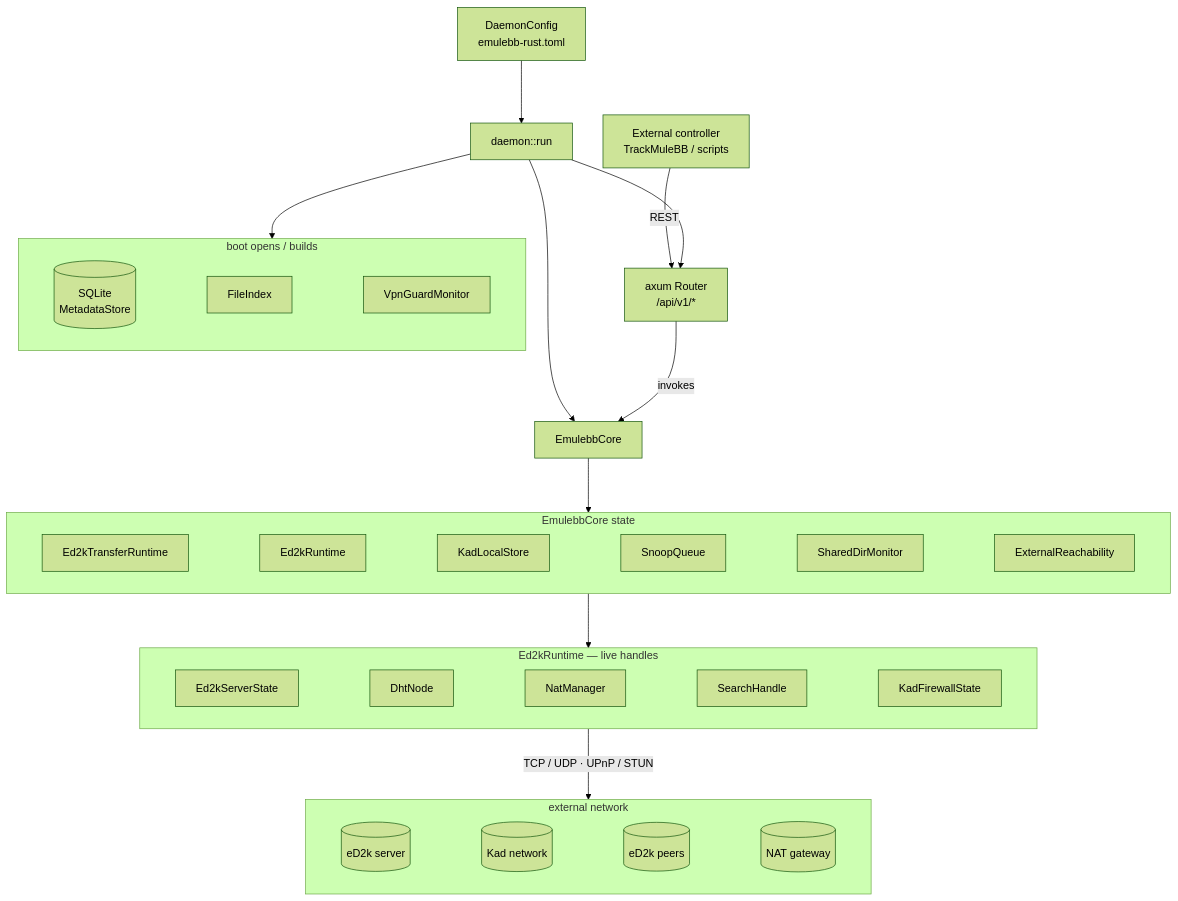
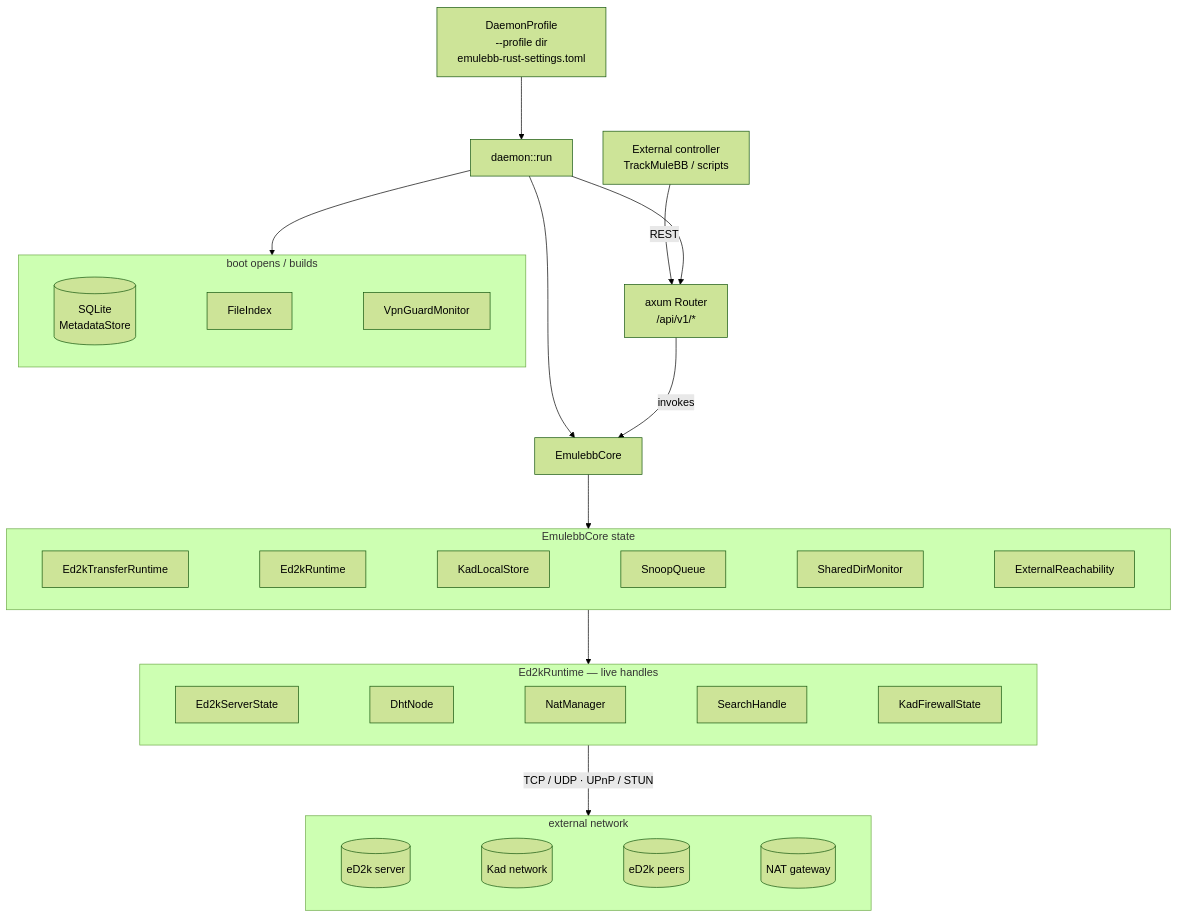
One commit to emulebb/emulebb-tooling changed the second of 5 diagrams in docs/products/emulebb-rust/design/architecture.md. Above: the diagram before and after it, drawn with Mermaid (forest theme). The commit also changed other lines of this file and 4 other files, not shown here.

Commit message:
RUST-FEAT-036 clarify settings docs

````diff
--- a/docs/products/emulebb-rust/design/architecture.md
+++ b/docs/products/emulebb-rust/design/architecture.md
@@ -86,34 +86,34 @@
 ```mermaid
 %%{init: {'flowchart': {'nodeSpacing': 45, 'rankSpacing': 80}}}%%
 graph TB
-    cfg[DaemonConfig<br/>emulebb-rust.toml] --> boot[daemon::run]
+    cfg[DaemonProfile<br/>--profile dir<br/>emulebb-rust-settings.toml] --> boot[daemon::run]
     ctrl[External controller<br/>TrackMuleBB / scripts] -->|REST| router
 
     boot --> coreobj[EmulebbCore]
     boot --> router[axum Router<br/>/api/v1/*]
     router -->|invokes| coreobj
 
     subgraph stores[boot opens / builds]
         direction LR
         sqlite[(SQLite<br/>MetadataStore)] ~~~ idx[FileIndex] ~~~ vpn[VpnGuardMonitor]
     end
     boot --> stores
 
     subgraph state[EmulebbCore state]
         direction LR
         tr[Ed2kTransferRuntime] ~~~ rt[Ed2kRuntime] ~~~ kls[KadLocalStore] ~~~ snoop[SnoopQueue] ~~~ sdm[SharedDirMonitor] ~~~ reach[ExternalReachability]
     end
     coreobj --> state
 
     subgraph live[Ed2kRuntime — live handles]
         direction LR
         srv[Ed2kServerState] ~~~ dht[DhtNode] ~~~ nat[NatManager] ~~~ search[SearchHandle] ~~~ fw[KadFirewallState]
     end
     state --> live
 
     subgraph net[external network]
         direction LR
         eserver[(eD2k server)] ~~~ kadnet[(Kad network)] ~~~ peers[(eD2k peers)] ~~~ gw[(NAT gateway)]
     end
     live -->|TCP / UDP · UPnP / STUN| net
 ```
````
